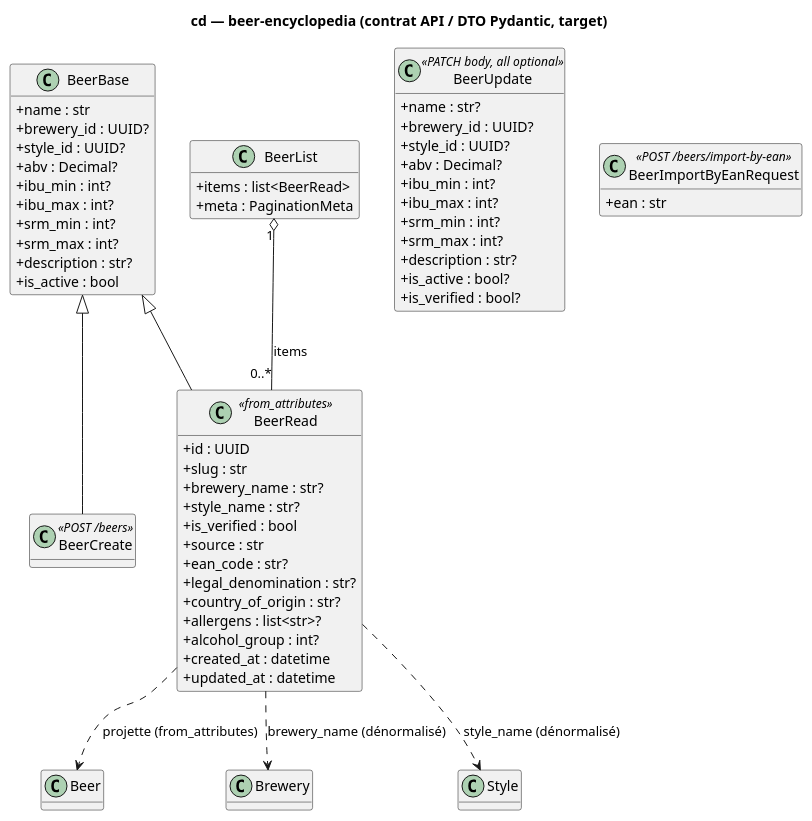
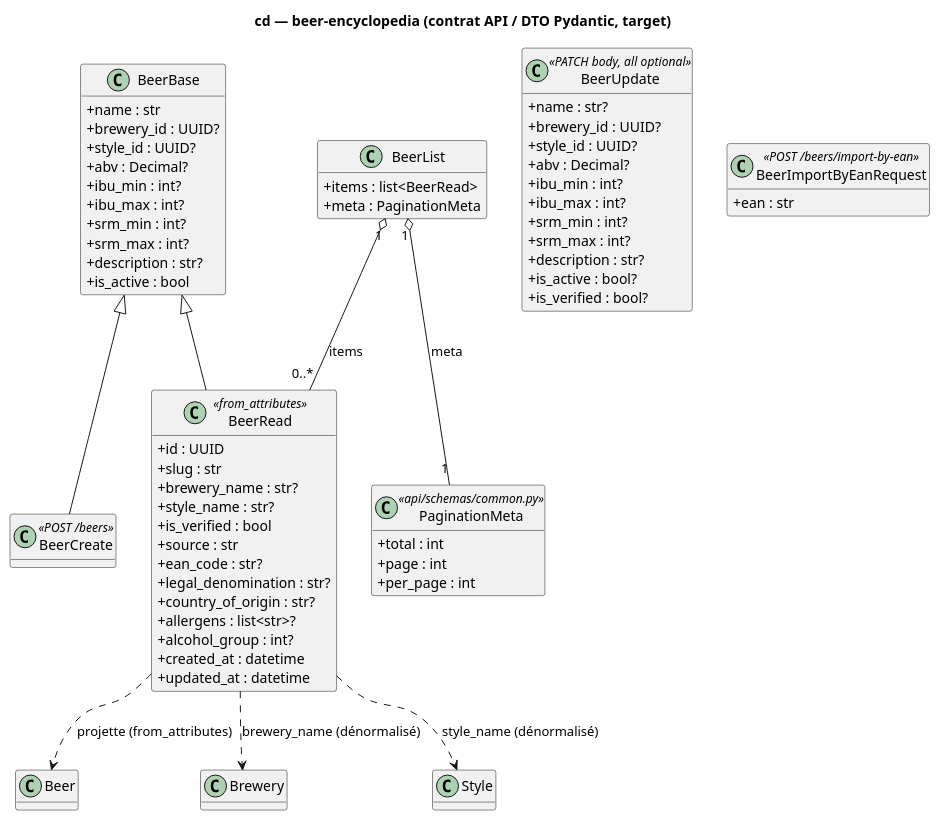
Before and after one commit to benoit-bremaud/brasse-bouillon: the second of 2 diagrams in docs/architecture/diagrams/beer-encyclopedia/07-class-api-contract.md, drawn with PlantUML. The commit also changed other lines of this file and 13 other files, not shown here.

First line of the commit message:
docs(mobile-catalog): UML conception study for the mobile beer catalogue (UC1/2/3) (#1213)

````diff
--- a/docs/architecture/diagrams/beer-encyclopedia/07-class-api-contract.md
+++ b/docs/architecture/diagrams/beer-encyclopedia/07-class-api-contract.md
@@ -96,64 +103,70 @@
 ```plantuml
 @startuml
 title cd — beer-encyclopedia (contrat API / DTO Pydantic, target)
 skinparam classAttributeIconSize 0
 skinparam shadowing false
 hide methods
 
 class BeerBase {
   +name : str
   +brewery_id : UUID?
   +style_id : UUID?
   +abv : Decimal?
   +ibu_min : int?
   +ibu_max : int?
   +srm_min : int?
   +srm_max : int?
   +description : str?
   +is_active : bool
 }
 class BeerCreate <<POST /beers>>
 class BeerUpdate <<PATCH body, all optional>> {
   +name : str?
   +brewery_id : UUID?
   +style_id : UUID?
   +abv : Decimal?
   +ibu_min : int?
   +ibu_max : int?
   +srm_min : int?
   +srm_max : int?
   +description : str?
   +is_active : bool?
   +is_verified : bool?
 }
 class BeerRead <<from_attributes>> {
   +id : UUID
   +slug : str
   +brewery_name : str?
   +style_name : str?
   +is_verified : bool
   +source : str
   +ean_code : str?
   +legal_denomination : str?
   +country_of_origin : str?
   +allergens : list<str>?
   +alcohol_group : int?
   +created_at : datetime
   +updated_at : datetime
 }
 class BeerList {
   +items : list<BeerRead>
   +meta : PaginationMeta
 }
+class PaginationMeta <<api/schemas/common.py>> {
+  +total : int
+  +page : int
+  +per_page : int
+}
 class BeerImportByEanRequest <<POST /beers/import-by-ean>> {
   +ean : str
 }
 
 BeerBase <|-- BeerCreate
 BeerBase <|-- BeerRead
 BeerList "1" o-- "0..*" BeerRead : items
+BeerList "1" o-- "1" PaginationMeta : meta
 BeerRead ..> Beer : projette (from_attributes)
 BeerRead ..> Brewery : brewery_name (dénormalisé)
 BeerRead ..> Style : style_name (dénormalisé)
 @enduml
 ```
````
